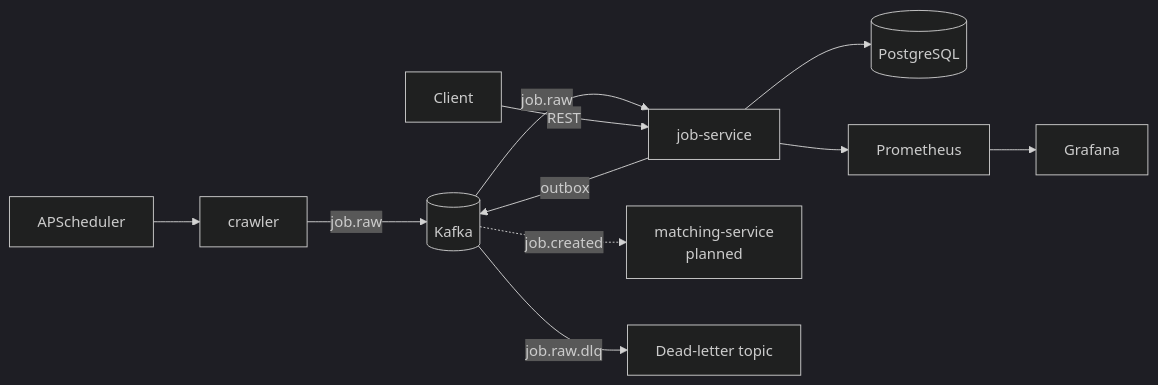
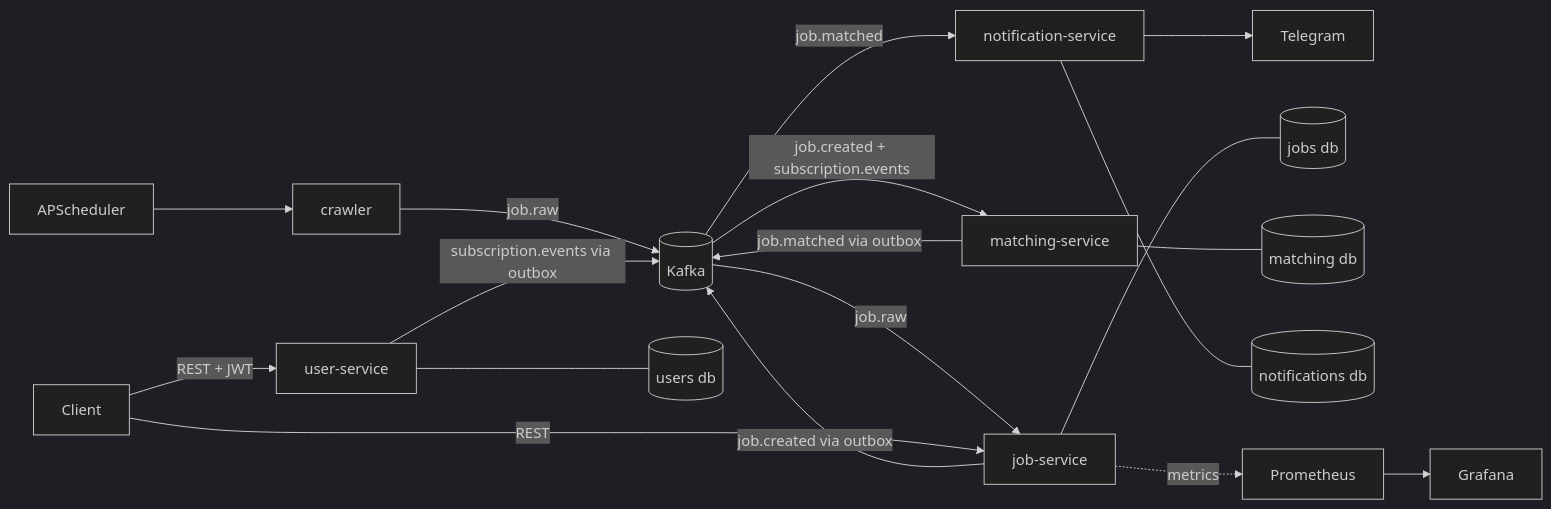
Before and after one commit to vandat2614/job-hunter: the diagram in README.md, drawn with Mermaid (dark theme). The commit also changed other lines of this file and 2 other files, not shown here.

````diff
--- a/README.md
+++ b/README.md
@@ -9,12 +9,19 @@
 ```mermaid
 flowchart LR
     S[APScheduler] --> C[crawler]
     C -->|job.raw| K[(Kafka)]
     K -->|job.raw| J[job-service]
-    J --> P[(PostgreSQL)]
-    J -->|outbox| K
-    K -.->|job.created| M[matching-service<br/>planned]
-    K -->|job.raw.dlq| D[Dead-letter topic]
-    J --> PR[Prometheus] --> G[Grafana]
-    U[Client] -->|REST| J
+    J -->|job.created via outbox| K
+    U[user-service] -->|subscription.events via outbox| K
+    K -->|job.created + subscription.events| M[matching-service]
+    M -->|job.matched via outbox| K
+    K -->|job.matched| N[notification-service]
+    N --> T[Telegram]
+    J --- PJ[(jobs db)]
+    U --- PU[(users db)]
+    M --- PM[(matching db)]
+    N --- PN[(notifications db)]
+    Client -->|REST| J
+    Client -->|REST + JWT| U
+    J -.->|metrics| PR[Prometheus] --> G[Grafana]
 ```
````
